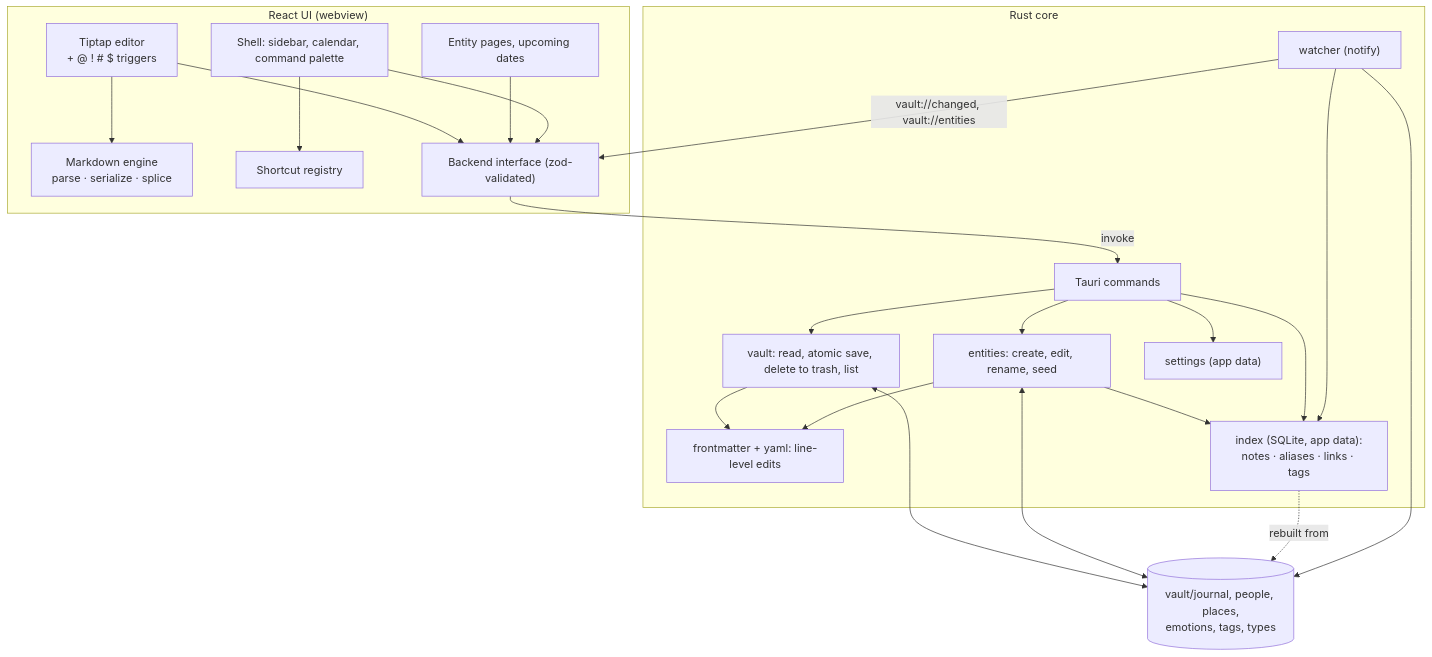
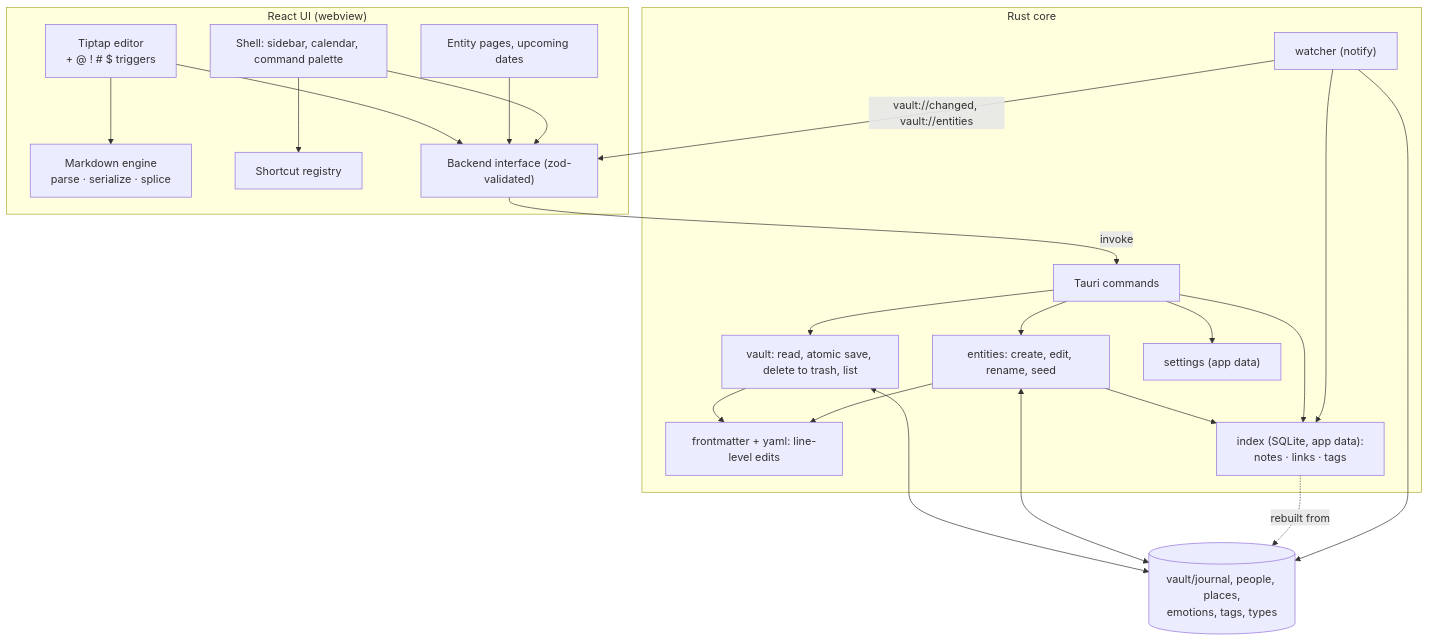
One commit to shouryan01/dhyana changed the diagram in docs/architecture.md. Above: the diagram before and after it, drawn with Mermaid. The commit also changed 47 other files, not shown here.

````diff
--- a/docs/architecture.md
+++ b/docs/architecture.md
@@ -3,37 +3,37 @@
 ```mermaid
 flowchart TB
   subgraph UI["React UI (webview)"]
     Shell["Shell: sidebar, calendar, command palette"]
     Editor["Tiptap editor<br/>+ @ ! # $ triggers"]
     Pages["Entity pages, upcoming dates"]
     MD["Markdown engine<br/>parse · serialize · splice"]
     Reg["Shortcut registry"]
     Backend["Backend interface (zod-validated)"]
     Shell --> Reg
     Editor --> MD
     Editor --> Backend
     Pages --> Backend
     Shell --> Backend
   end
   subgraph Core["Rust core"]
     Cmd["Tauri commands"]
     Vault["vault: read, atomic save, delete to trash, list"]
     Ent["entities: create, edit, rename, seed"]
     FM["frontmatter + yaml: line-level edits"]
-    Idx["index (SQLite, app data):<br/>notes · aliases · links · tags"]
+    Idx["index (SQLite, app data):<br/>notes · links · tags"]
     Set["settings (app data)"]
     Watch["watcher (notify)"]
     Cmd --> Vault --> FM
     Cmd --> Ent --> FM
     Ent --> Idx
     Cmd --> Idx
     Cmd --> Set
     Watch --> Idx
     Watch -->|"vault://changed, vault://entities"| Backend
   end
   Backend -->|"invoke"| Cmd
   Vault <--> Files[("vault/journal, people, places,<br/>emotions, tags, types")]
   Ent <--> Files
   Idx -. "rebuilt from" .-> Files
   Watch --> Files
 ```
````
